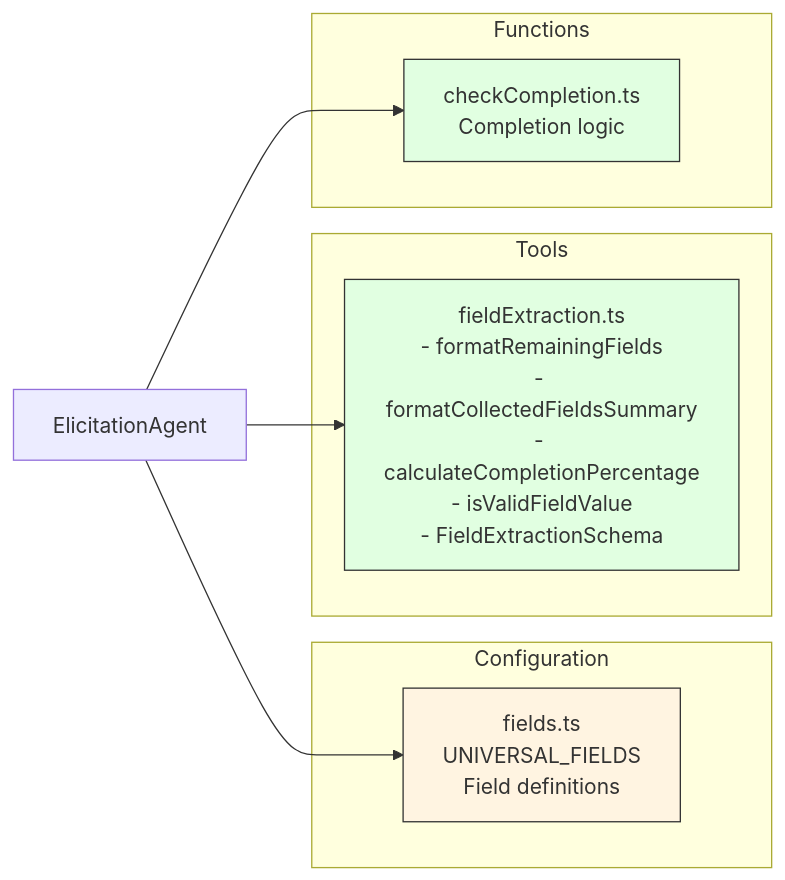
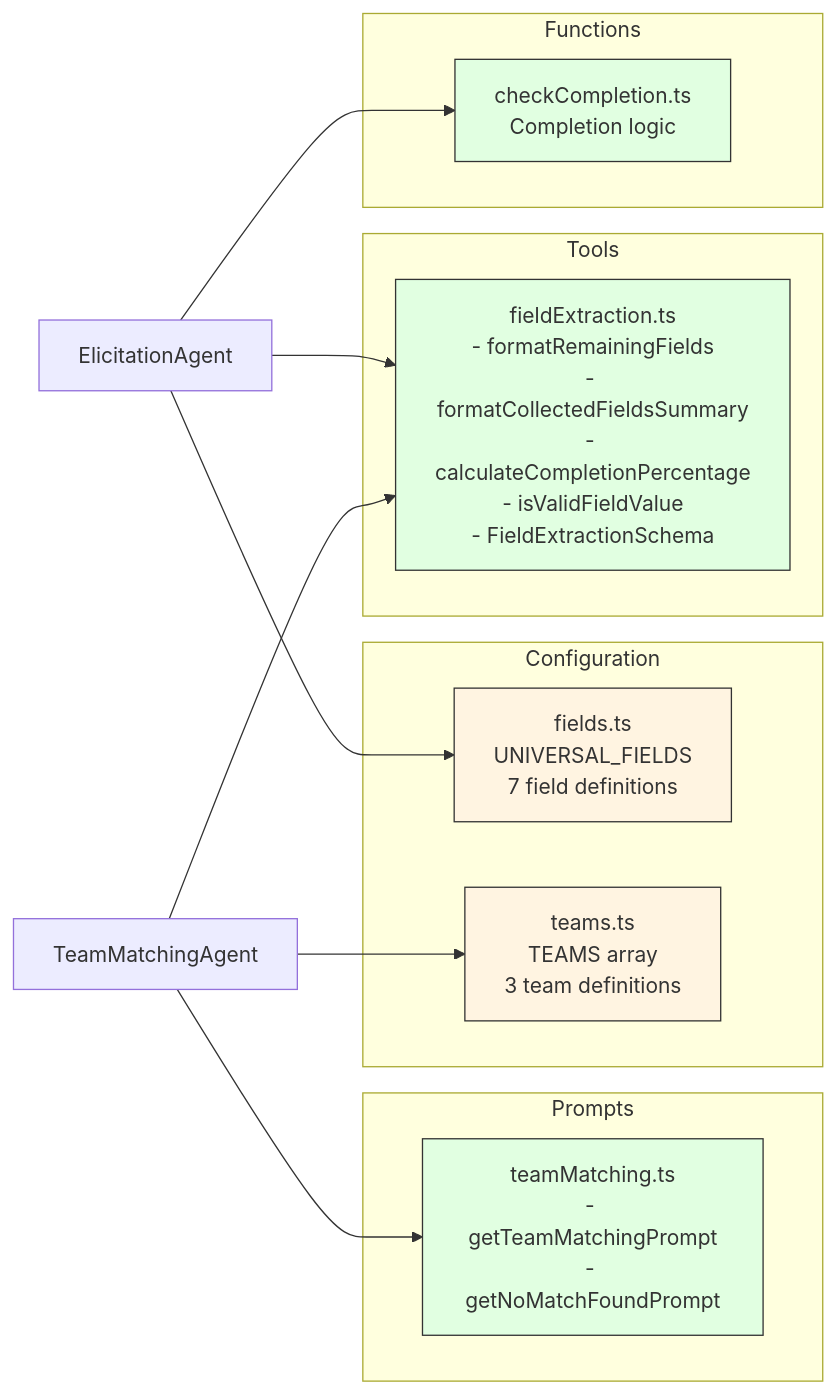
Before and after one commit to thomasyao15/CFD: the fifth of 5 diagrams in PROGRESS_DIAGRAM.md, drawn with Mermaid. The commit also changed other lines of this file and 6 other files, not shown here.

Commit message:
Completed team matching logic

````diff
--- a/PROGRESS_DIAGRAM.md
+++ b/PROGRESS_DIAGRAM.md
@@ -171,23 +194,32 @@
 ```mermaid
 graph LR
     subgraph Configuration
-        Fields[fields.ts<br/>UNIVERSAL_FIELDS<br/>Field definitions]
+        Fields[fields.ts<br/>UNIVERSAL_FIELDS<br/>7 field definitions]
+        Teams[teams.ts<br/>TEAMS array<br/>3 team definitions]
     end
 
     subgraph Tools
         Extract[fieldExtraction.ts<br/>- formatRemainingFields<br/>- formatCollectedFieldsSummary<br/>- calculateCompletionPercentage<br/>- isValidFieldValue<br/>- FieldExtractionSchema]
+    end
+
+    subgraph Prompts
+        TeamPrompts[teamMatching.ts<br/>- getTeamMatchingPrompt<br/>- getNoMatchFoundPrompt]
     end
 
     subgraph Functions
         Check[checkCompletion.ts<br/>Completion logic]
     end
 
     ElicitAgent[ElicitationAgent] --> Fields
     ElicitAgent --> Extract
     ElicitAgent --> Check
 
+    TeamAgent[TeamMatchingAgent] --> Teams
+    TeamAgent --> TeamPrompts
+    TeamAgent --> Extract
+
     classDef config fill:#fff4e1,stroke:#333,stroke-width:1px
     classDef tool fill:#e1ffe1,stroke:#333,stroke-width:1px
-    class Fields config
-    class Extract,Check tool
+    class Fields,Teams config
+    class Extract,Check,TeamPrompts tool
 ```
````
